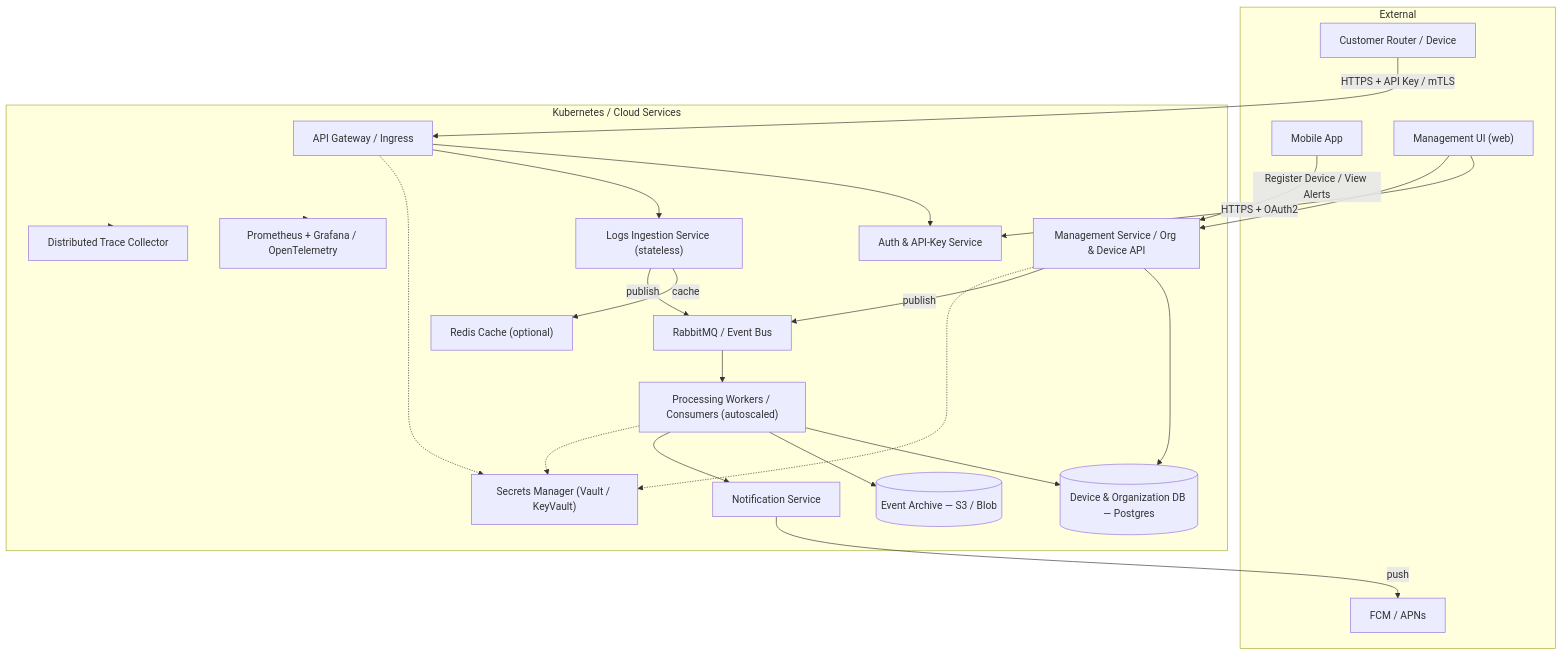
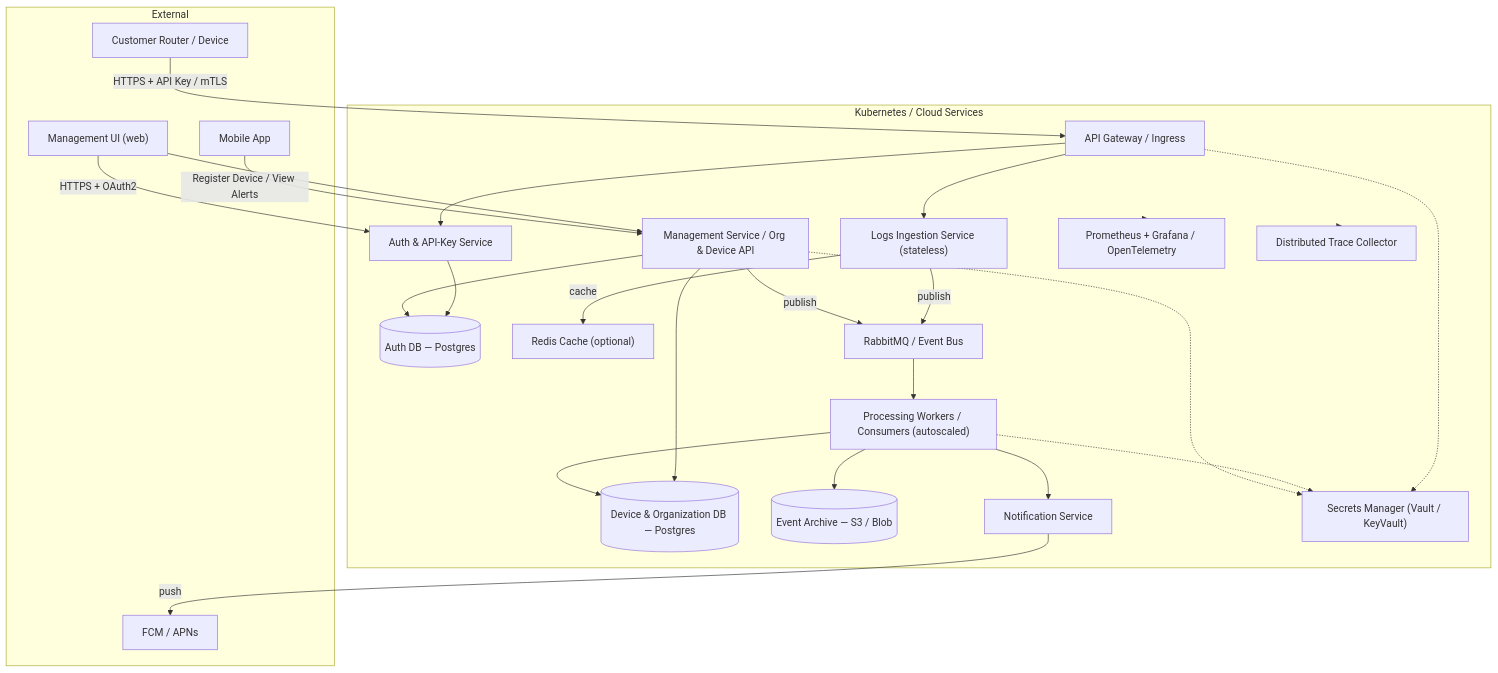
The diagram in UseCases.md (dzaba1/HomeSecurity), drawn with Mermaid before and after one commit. The commit also changed other lines of this file, not shown here.

Commit message:
Auth db diagram

````diff
--- a/UseCases.md
+++ b/UseCases.md
@@ -24,46 +24,49 @@
 ```mermaid
 flowchart TB
   subgraph External
     Client[Customer Router / Device]
     Mobile[Mobile App]
     AdminUI["Management UI (web)"]
     PushGateway[FCM / APNs]
   end
 
   subgraph Cloud[Kubernetes / Cloud Services]
     API[API Gateway / Ingress]
     Auth[Auth & API-Key Service]
+    AuthDB[(Auth DB — Postgres)]
     Ingest["Logs Ingestion Service (stateless)"]
     Redis["Redis Cache (optional)"]
     Queue[RabbitMQ / Event Bus]
     Worker["Processing Workers / Consumers (autoscaled)"]
     DeviceDB[(Device & Organization DB — Postgres)]
     EventsStore[(Event Archive — S3 / Blob)]
     Notifier[Notification Service]
     Management[Management Service / Org & Device API]
     Observability[Prometheus + Grafana / OpenTelemetry]
     Tracing[Distributed Trace Collector]
     Secrets["Secrets Manager (Vault / KeyVault)"]
   end
 
   Client -->|HTTPS + API Key / mTLS| API
   API --> Auth
+  Auth --> AuthDB
   API --> Ingest
   AdminUI -->|HTTPS + OAuth2| Auth
   AdminUI --> Management
+  Management --> AuthDB
   Mobile -->|Register Device / View Alerts| Management
   Management --> DeviceDB
   Ingest -->|cache| Redis
   Ingest -->|publish| Queue
   Queue --> Worker
   Worker --> DeviceDB
   Worker --> EventsStore
   Worker --> Notifier
   Notifier -->|push| PushGateway
   Management -->|publish| Queue
   Cloud --> Observability
   Cloud --> Tracing
   API -.-> Secrets
   Worker -.-> Secrets
   Management -.-> Secrets
 ```
````
